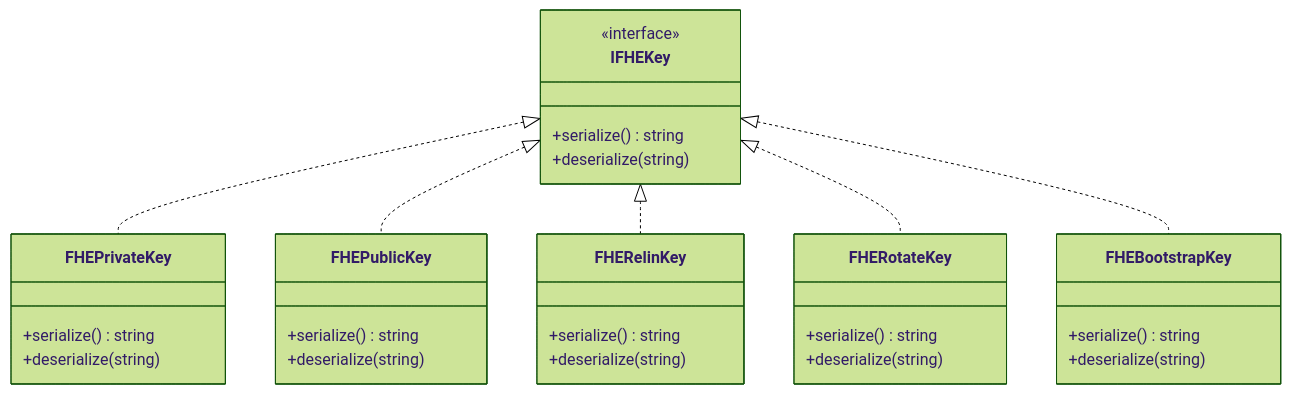
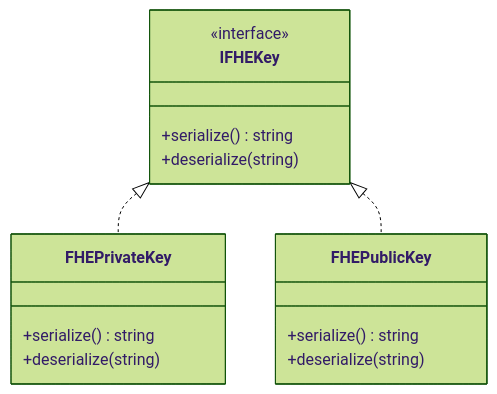
One commit to primus-labs/Aegis changed the first of 7 diagrams in docs/design/binding.md. Above: the diagram before and after it, drawn with Mermaid (forest theme). The commit also changed other lines of this file, not shown here.

````diff
--- a/docs/design/binding.md
+++ b/docs/design/binding.md
@@ -66,39 +40,21 @@
 ```mermaid {align="center"}
 classDiagram
   class IFHEKey {
     <<interface>>
     +serialize() string
     +deserialize(string)
   }
 
   IFHEKey <|.. FHEPrivateKey
   class FHEPrivateKey {
     +serialize() string
     +deserialize(string)
   }
 
   IFHEKey <|.. FHEPublicKey
   class FHEPublicKey {
     +serialize() string
     +deserialize(string)
   }
-
-  IFHEKey <|.. FHERelinKey
-  class FHERelinKey {
-    +serialize() string
-    +deserialize(string)
-  }
-
-  IFHEKey <|.. FHERotateKey
-  class FHERotateKey {
-    +serialize() string
-    +deserialize(string)
-  }
-
-  IFHEKey <|.. FHEBootstrapKey
-  class FHEBootstrapKey {
-    +serialize() string
-    +deserialize(string)
-  }
   %% C++ backend for XXXKey should provider a default constructor
 ```
````
